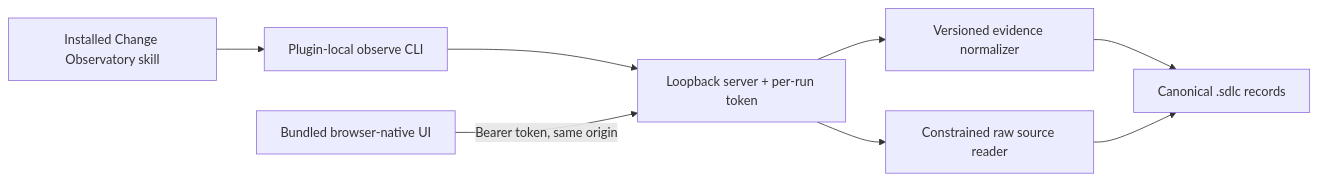
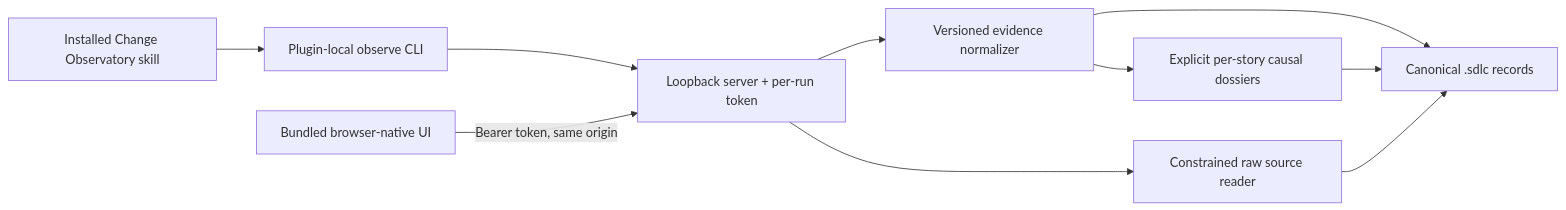
One commit to aantenore/agentic-sdlc-codex-plugin changed diagram 11 of 13 in docs/architecture.md. Above: the diagram before and after it, drawn with Mermaid. The commit also changed other lines of this file and 2 other files, not shown here.

Commit message:
docs: define proof-bound iteration dossiers

````diff
--- a/docs/architecture.md
+++ b/docs/architecture.md
@@ -325,10 +325,12 @@
 ```mermaid
 flowchart LR
   Skill["Installed Change Observatory skill"] --> CLI["Plugin-local observe CLI"]
   CLI --> Server["Loopback server + per-run token"]
   Server --> Normalizer["Versioned evidence normalizer"]
+  Normalizer --> Dossiers["Explicit per-story causal dossiers"]
   Normalizer --> KB["Canonical .sdlc records"]
+  Dossiers --> KB
   Server --> Source["Constrained raw source reader"]
   Source --> KB
   UI["Bundled browser-native UI"] -->|"Bearer token, same origin"| Server
 ```
````
